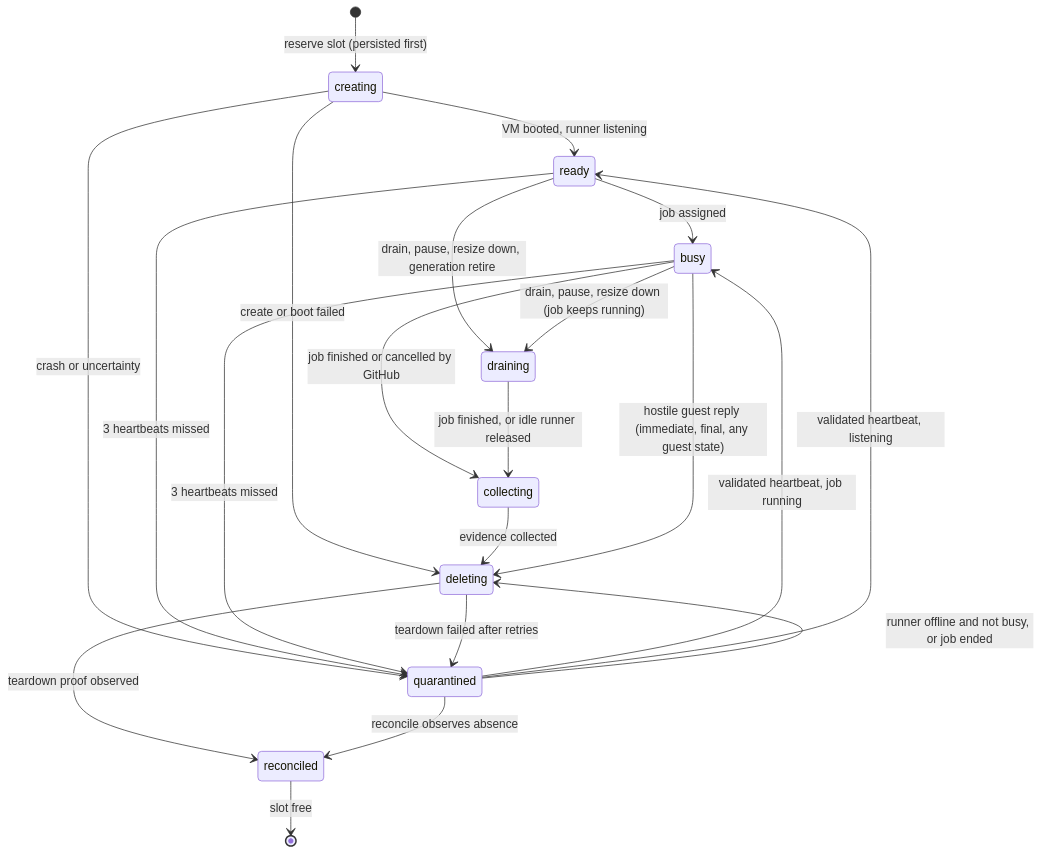
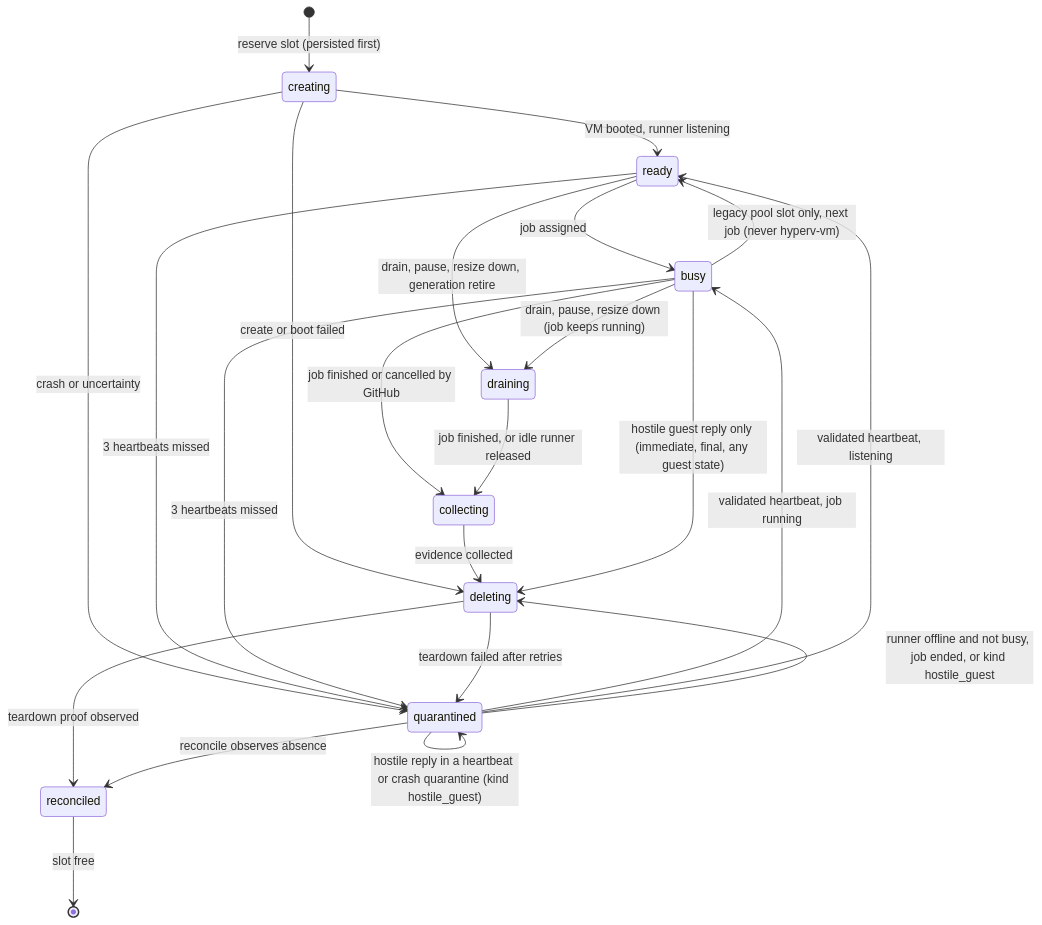
One commit to special-place-ai-heaven/aap-runner changed the second of 9 diagrams in docs/parity/ARCHITECTURE.md. Above: the diagram before and after it, drawn with Mermaid. The commit also changed other lines of this file and 24 other files, not shown here.

````diff
--- a/docs/parity/ARCHITECTURE.md
+++ b/docs/parity/ARCHITECTURE.md
@@ -147,23 +158,25 @@
 ```mermaid
 stateDiagram-v2
   [*] --> creating: reserve slot (persisted first)
   creating --> ready: VM booted, runner listening
   creating --> deleting: create or boot failed
   ready --> busy: job assigned
   ready --> draining: drain, pause, resize down, generation retire
   busy --> draining: drain, pause, resize down (job keeps running)
   busy --> collecting: job finished or cancelled by GitHub
   draining --> collecting: job finished, or idle runner released
   collecting --> deleting: evidence collected
   deleting --> reconciled: teardown proof observed
   creating --> quarantined: crash or uncertainty
   ready --> quarantined: 3 heartbeats missed
   busy --> quarantined: 3 heartbeats missed
   quarantined --> busy: validated heartbeat, job running
   quarantined --> ready: validated heartbeat, listening
-  quarantined --> deleting: runner offline and not busy, or job ended
-  busy --> deleting: hostile guest reply (immediate, final, any guest state)
+  quarantined --> quarantined: hostile reply in a heartbeat or crash quarantine (kind hostile_guest)
+  quarantined --> deleting: runner offline and not busy, job ended, or kind hostile_guest
+  busy --> deleting: hostile guest reply only (immediate, final, any guest state)
+  busy --> ready: legacy pool slot only, next job (never hyperv-vm)
   deleting --> quarantined: teardown failed after retries
   quarantined --> reconciled: reconcile observes absence
   reconciled --> [*]: slot free
 ```
````
